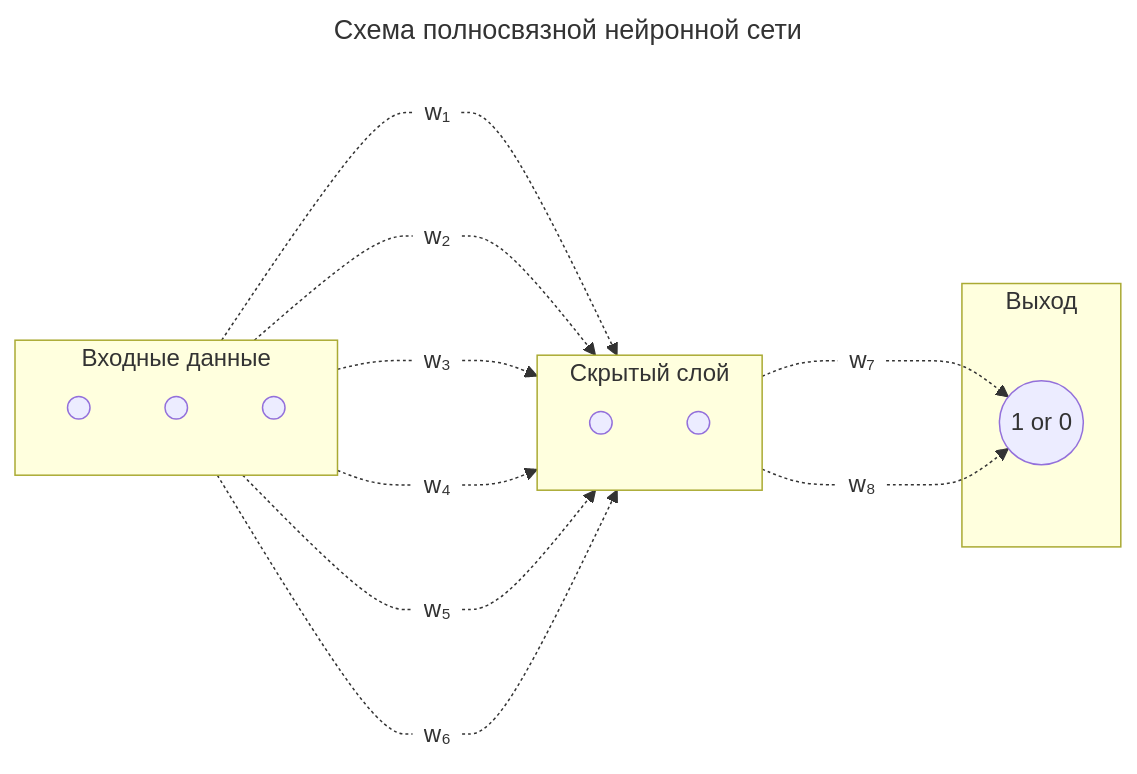
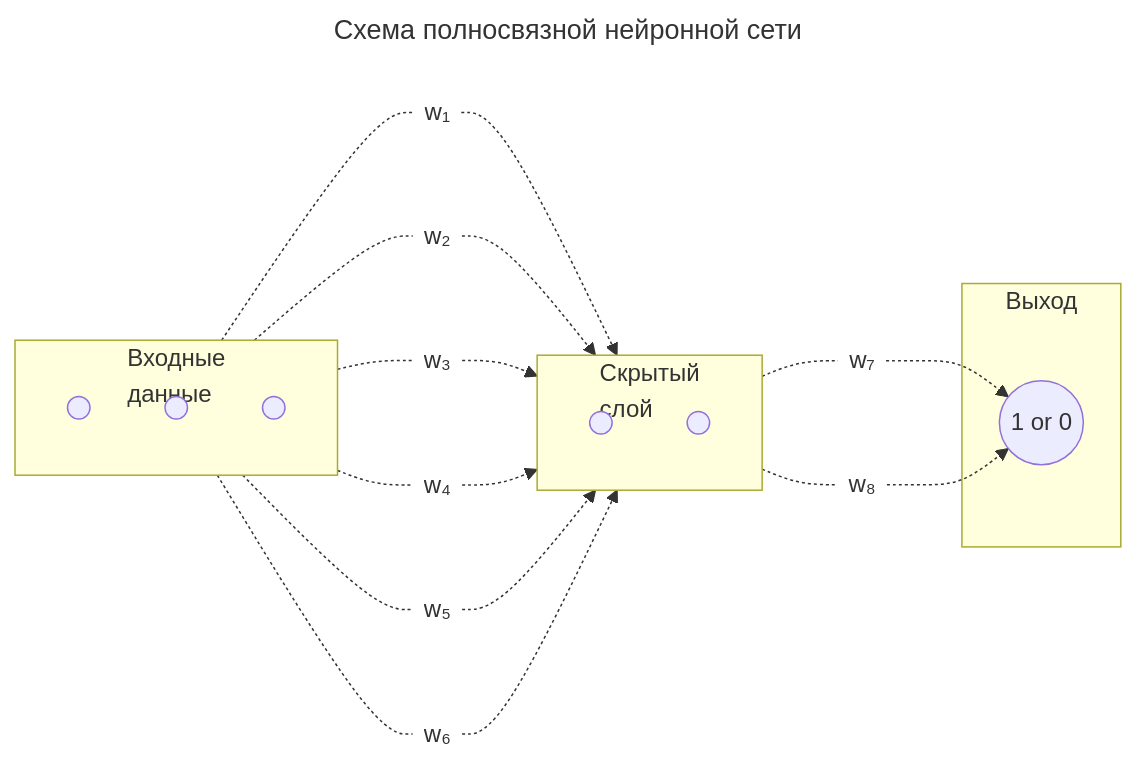
One commit to denisbolshakoff/Automation_of_prereview_of_scientific_manuscripts changed the diagram in readme.md. Above: the diagram before and after it, drawn with Mermaid.

Commit message:
исправлен readme.md файл

````diff
--- a/readme.md
+++ b/readme.md
@@ -29,50 +29,50 @@
 ```mermaid
 ---
 title: Схема полносвязной нейронной сети
 ---
 
 graph LR
 
 classDef nofill fill:none, stroke:none;
 
 
-    subgraph Clients[Входные данные]
+    subgraph Clients[Входные<br/>данные]
         direction TB
 	 A1((" ")) 
 	 A2((" "))
 	 A3((" "))
  	end
 
-	subgraph Hidden[Скрытый слой]
+	subgraph Hidden[Скрытый<br/>слой]
 	direction TB
 	 B1((" "))
 	 B2((" "))
 	end
 
 	subgraph exit[Выход]
 	 C1(("1 or 0"))
 	end
 
 
 	L1(("w₁")):::nofill
 	L2(("w₂")):::nofill
 	L3(("w₃")):::nofill
 	L4(("w₄")):::nofill
 	L5(("w₅")):::nofill
 	L6(("w₆")):::nofill
 	L7(("w₇")):::nofill
 	L8(("w₈")):::nofill
 	
 	 A1 -.-L1-.-> B1
 	 A2 -.-L2-.-> B1
 	 A3 -.-L3-.-> B1
 
 	 A1-.-L4-.->B2
 	 A2-.-L5-.->B2
 	 A3-.-L6-.->B2
 
 
 	 B1-.-L7-.->C1(("1 or 0"))
 	 B2-.-L8-.->C1
 
 ```
````
